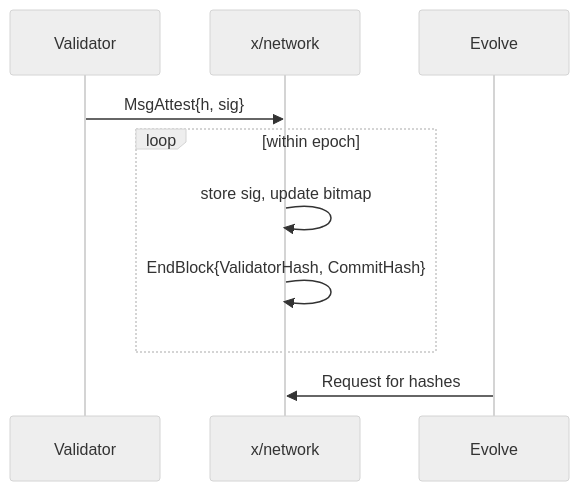
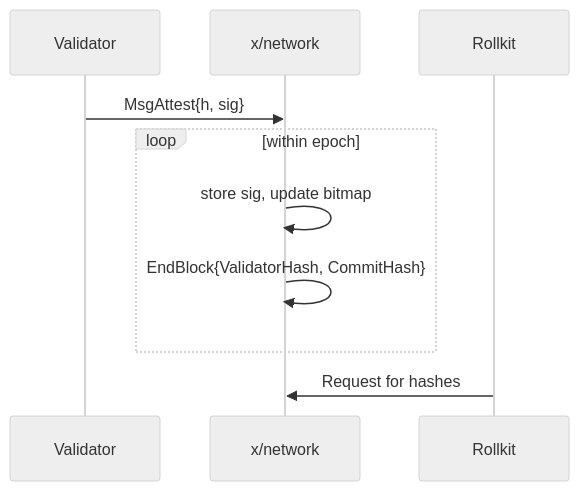
The first of 2 diagrams in devnet/forks/ev-node/docs/adr/adr-022-validator-network.md (celestiaorg/celestia-zkevm), drawn with Mermaid (neutral theme) before and after one commit. The commit also changed other lines of this file and 493 other files, not shown here.

````diff
--- a/devnet/forks/ev-node/docs/adr/adr-022-validator-network.md
+++ b/devnet/forks/ev-node/docs/adr/adr-022-validator-network.md
@@ -70,12 +70,12 @@
 ```mermaid
 sequenceDiagram
   participant Val as Validator
   participant App as x/network
-  participant R as Evolve
+  participant R as Rollkit
   Val->>App: MsgAttest{h, sig}
   loop within epoch
       App->>App: store sig, update bitmap
       App->>App:EndBlock{ValidatorHash, CommitHash}
   end
   R->> App: Request for hashes
 ```
````
